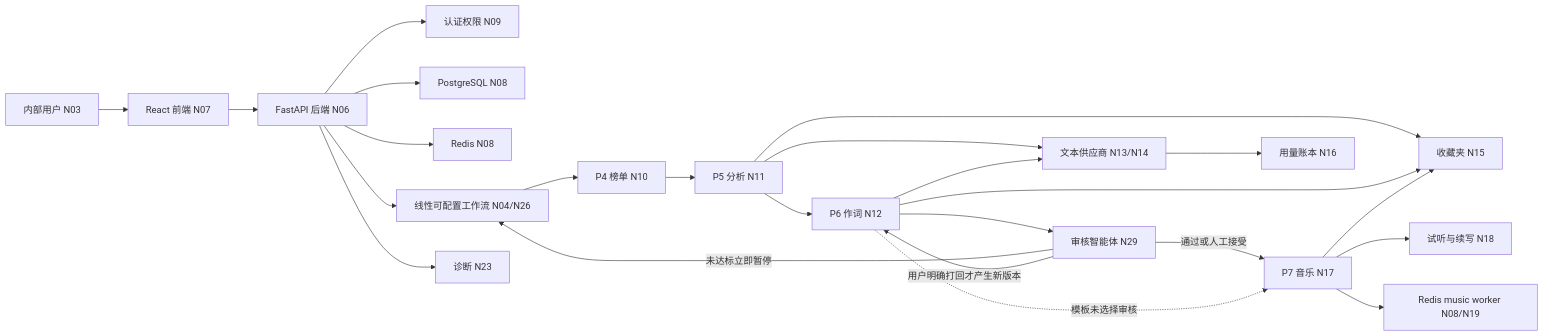
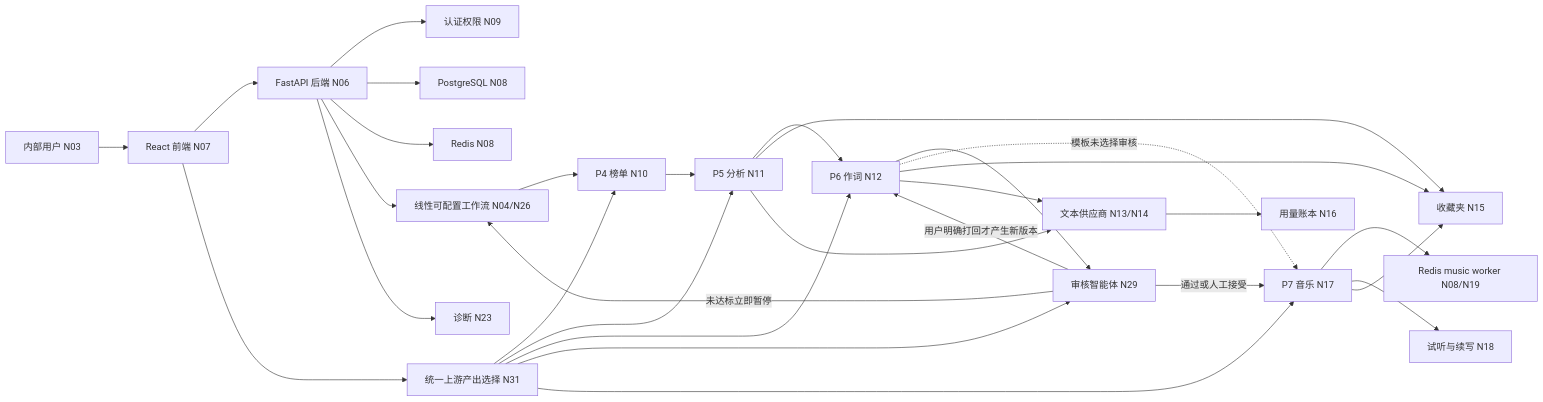
The diagram in docs/notes/蓝乐_当前上下文速记.md (sunjiaxing520/SunJX), drawn with Mermaid before and after one commit. The commit also changed other lines of this file and 20 other files, not shown here.

````diff
--- a/docs/notes/蓝乐_当前上下文速记.md
+++ b/docs/notes/蓝乐_当前上下文速记.md
@@ -68,26 +69,32 @@
 ```mermaid
 flowchart LR
     User["内部用户 N03"] --> UI["React 前端 N07"]
     UI --> API["FastAPI 后端 N06"]
     API --> Auth["认证权限 N09"]
     API --> DB["PostgreSQL N08"]
     API --> Redis["Redis N08"]
     API --> Flow["线性可配置工作流 N04/N26"]
     Flow --> Rank["P4 榜单 N10"]
     Rank --> Analysis["P5 分析 N11"]
     Analysis --> Lyrics["P6 作词 N12"]
     Lyrics --> Review["审核智能体 N29"]
     Review -->|未达标立即暂停| Flow
     Review -->|用户明确打回才产生新版本| Lyrics
     Review -->|通过或人工接受| Music["P7 音乐 N17"]
     Lyrics -.->|模板未选择审核| Music
     Music --> RedisWorker["Redis music worker N08/N19"]
     Music --> Audition["试听与续写 N18"]
+    UI --> Picker["统一上游产出选择 N31"]
+    Picker --> Rank
+    Picker --> Analysis
+    Picker --> Lyrics
+    Picker --> Review
+    Picker --> Music
     Analysis --> Favorite["收藏夹 N15"]
     Lyrics --> Favorite
     Music --> Favorite
     Analysis --> Provider["文本供应商 N13/N14"]
     Lyrics --> Provider
     Provider --> Usage["用量账本 N16"]
     API --> Diagnostics["诊断 N23"]
 ```
````
